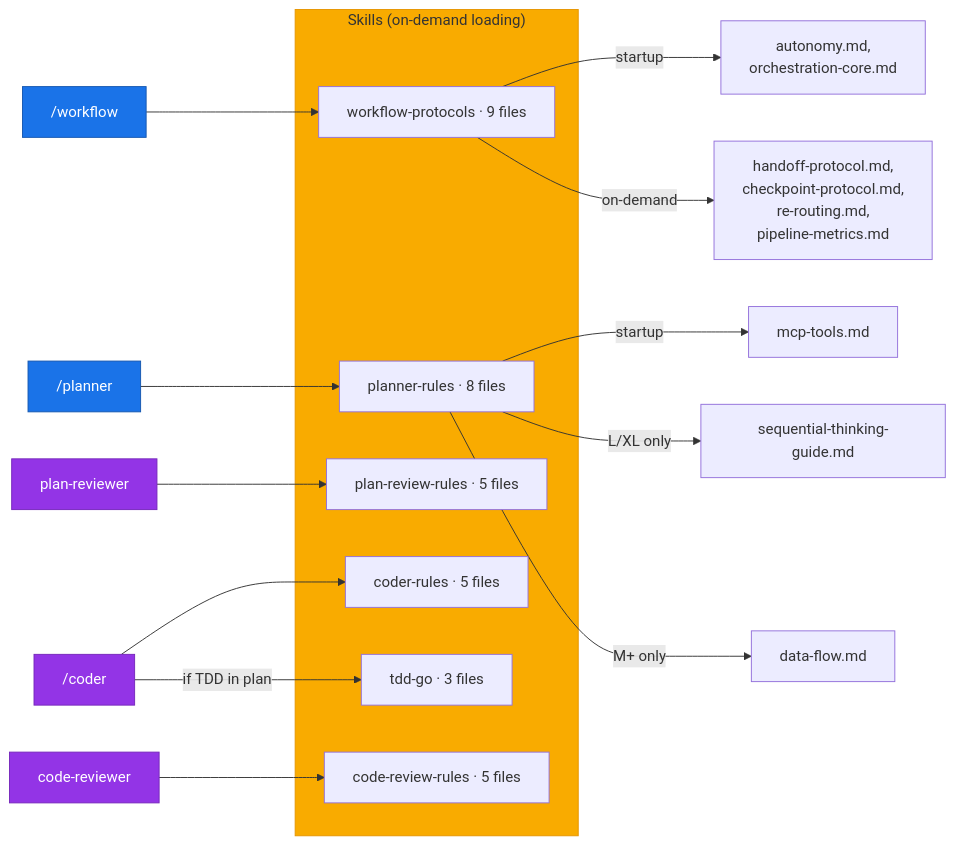
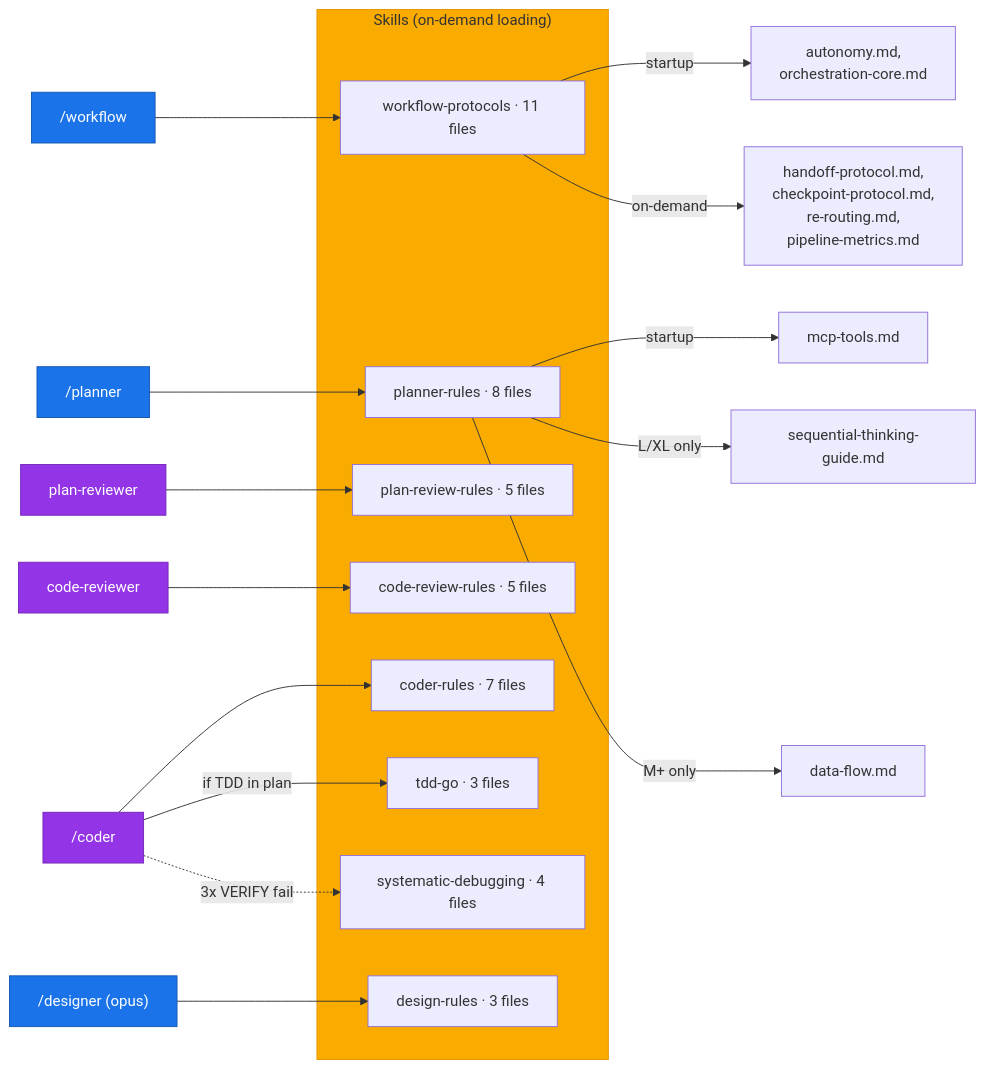
One commit to hex0xdeadbeef/claude-kit changed the fifth of 6 diagrams in README.md. Above: the diagram before and after it, drawn with Mermaid. The commit also changed other lines of this file, not shown here.

````diff
--- a/README.md
+++ b/README.md
@@ -427,32 +434,37 @@
 ```mermaid
 flowchart LR
     subgraph SKILLS ["Skills (on-demand loading)"]
-        WP["workflow-protocols · 9 files"]
+        WP["workflow-protocols · 11 files"]
         PLR["planner-rules · 8 files"]
-        CDR["coder-rules · 5 files"]
+        CDR["coder-rules · 7 files"]
         PRR["plan-review-rules · 5 files"]
         CRR["code-review-rules · 5 files"]
         TDD["tdd-go · 3 files"]
+        DR["design-rules · 3 files"]
+        SDB["systematic-debugging · 4 files"]
     end
 
     WF2["/workflow"] --> WP
     PL2["/planner"] --> PLR
     CO2["/coder"] --> CDR
     CO2 -->|"if TDD in plan"| TDD
+    CO2 -.->|"3x VERIFY fail"| SDB
+    DES2["/designer (opus)"] --> DR
     PREV["plan-reviewer"] --> PRR
     CREV["code-reviewer"] --> CRR
 
     WP -->|startup| A1["autonomy.md,<br/>orchestration-core.md"]
     WP -->|on-demand| A2["handoff-protocol.md,<br/>checkpoint-protocol.md,<br/>re-routing.md,<br/>pipeline-metrics.md"]
 
     PLR -->|startup| B1["mcp-tools.md"]
     PLR -->|"L/XL only"| B2["sequential-thinking-guide.md"]
     PLR -->|"M+ only"| B3["data-flow.md"]
 
     style SKILLS fill:#f9ab00,color:#333,stroke:#e69500
     style WF2 fill:#1a73e8,color:#fff,stroke:#1557b0
     style PL2 fill:#1a73e8,color:#fff,stroke:#1557b0
+    style DES2 fill:#1a73e8,color:#fff,stroke:#1557b0
     style CO2 fill:#9334e6,color:#fff,stroke:#7627bb
     style PREV fill:#9334e6,color:#fff,stroke:#7627bb
     style CREV fill:#9334e6,color:#fff,stroke:#7627bb
 ```
````
